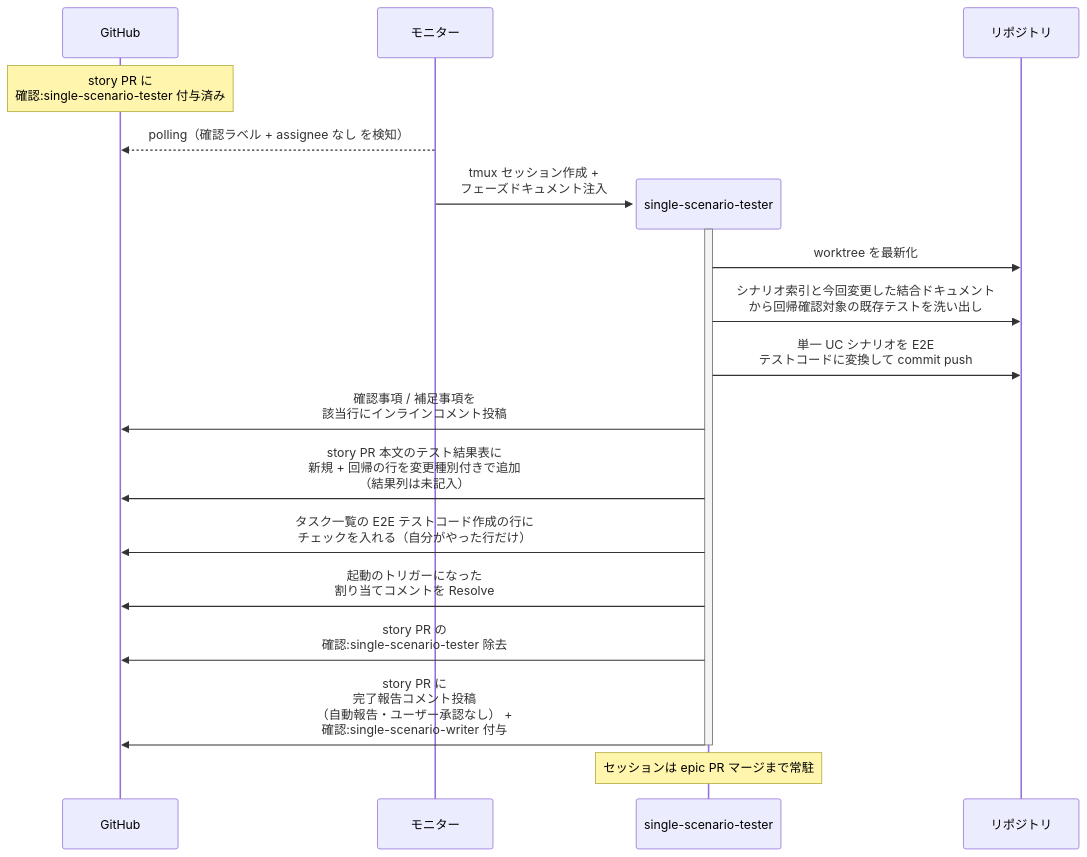
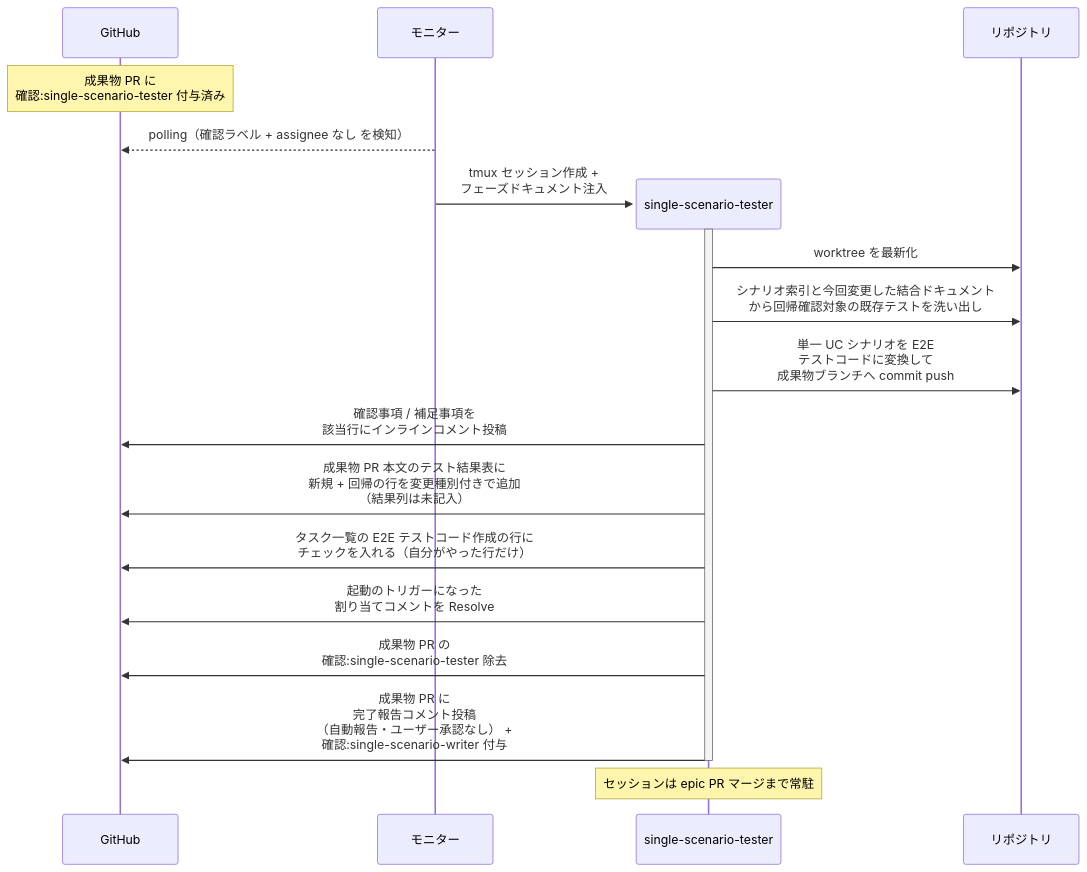
One commit to shuhei1101/ai-monitor changed the first of 2 diagrams in docs/wiki/設計図/シナリオ/単一ユースケース/統合テスト実装.md. Above: the diagram before and after it, drawn with Mermaid. The commit also changed other lines of this file and 103 other files, not shown here.

````diff
--- a/docs/wiki/設計図/シナリオ/単一ユースケース/統合テスト実装.md
+++ b/docs/wiki/設計図/シナリオ/単一ユースケース/統合テスト実装.md
@@ -38,23 +38,23 @@
 ```mermaid
 sequenceDiagram
   participant GH as GitHub
   participant ORC as モニター
 
-  Note over GH: story PR に<br>確認:single-scenario-tester 付与済み
+  Note over GH: 成果物 PR に<br>確認:single-scenario-tester 付与済み
   ORC-->>GH: polling（確認ラベル + assignee なし を検知）
   create participant MON as single-scenario-tester
   ORC->>MON: tmux セッション作成 +<br>フェーズドキュメント注入
   participant REPO as リポジトリ
   activate MON
   MON->>REPO: worktree を最新化
   MON->>REPO: シナリオ索引と今回変更した結合ドキュメント<br>から回帰確認対象の既存テストを洗い出し
-  MON->>REPO: 単一 UC シナリオを E2E<br>テストコードに変換して commit push
+  MON->>REPO: 単一 UC シナリオを E2E<br>テストコードに変換して<br>成果物ブランチへ commit push
   MON->>GH: 確認事項 / 補足事項を<br>該当行にインラインコメント投稿
-  MON->>GH: story PR 本文のテスト結果表に<br>新規 + 回帰の行を変更種別付きで追加<br>（結果列は未記入）
+  MON->>GH: 成果物 PR 本文のテスト結果表に<br>新規 + 回帰の行を変更種別付きで追加<br>（結果列は未記入）
   MON->>GH: タスク一覧の E2E テストコード作成の行に<br>チェックを入れる（自分がやった行だけ）
   MON->>GH: 起動のトリガーになった<br>割り当てコメントを Resolve
-  MON->>GH: story PR の<br>確認:single-scenario-tester 除去
-  MON->>GH: story PR に<br>完了報告コメント投稿<br>（自動報告・ユーザー承認なし） +<br>確認:single-scenario-writer 付与
+  MON->>GH: 成果物 PR の<br>確認:single-scenario-tester 除去
+  MON->>GH: 成果物 PR に<br>完了報告コメント投稿<br>（自動報告・ユーザー承認なし） +<br>確認:single-scenario-writer 付与
   deactivate MON
   Note over MON: セッションは epic PR マージまで常駐
 ```
````
